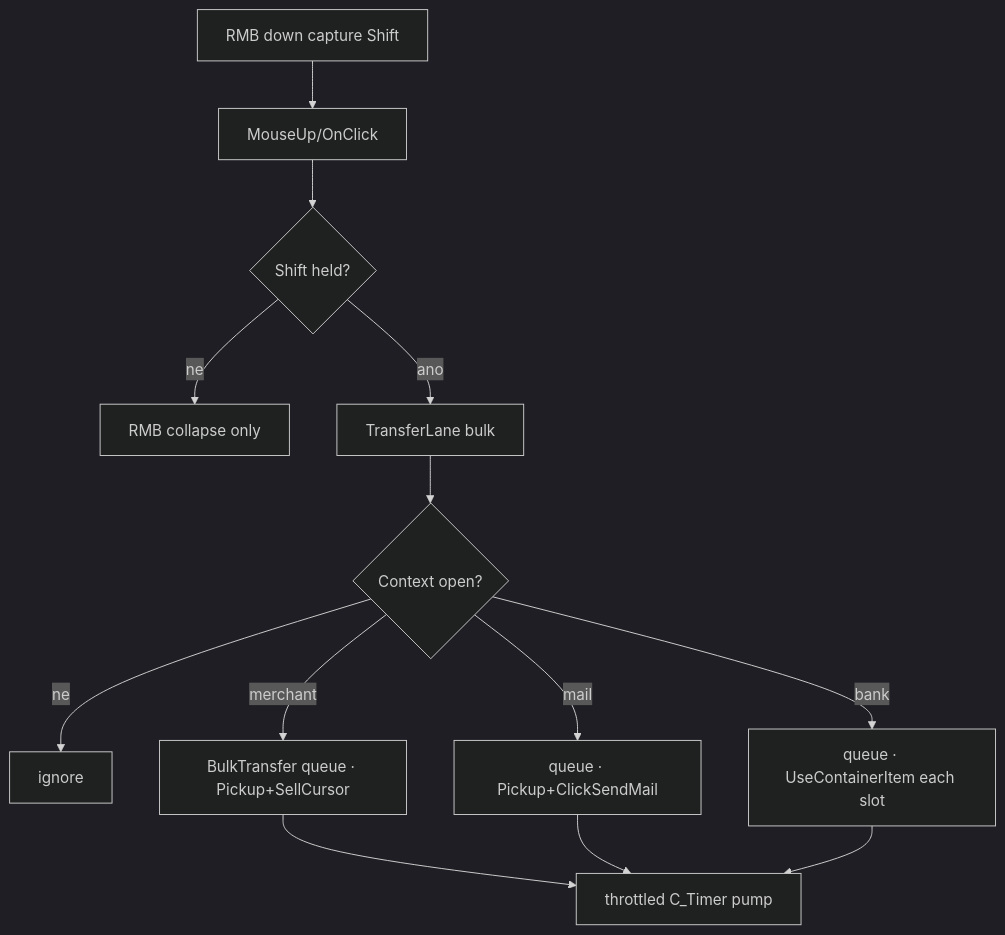
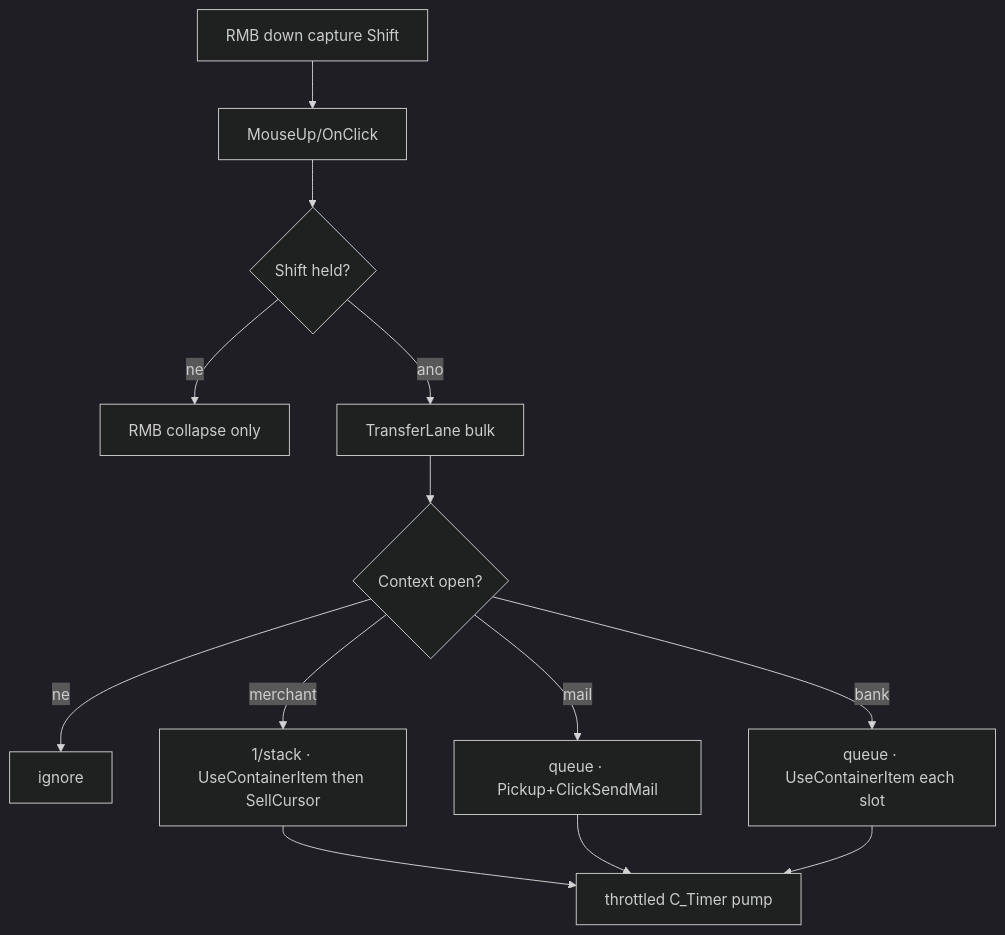
One commit to sirTurbisCZ/wow-forever-addons changed the fifth of 8 diagrams in addons/BetterBackpack/Docs/loops.md. Above: the diagram before and after it, drawn with Mermaid (dark theme). The commit also changed other lines of this file and 4 other files, not shown here.

First line of the commit message:
fix(BetterBackpack): 0.5.80 merchant lane bulk sell at vendor

````diff
--- a/addons/BetterBackpack/Docs/loops.md
+++ b/addons/BetterBackpack/Docs/loops.md
@@ -141,15 +141,15 @@
 ```mermaid
 flowchart TD
   Down[RMB down capture Shift] --> Up[MouseUp/OnClick]
   Up --> Shift{Shift held?}
   Shift -->|ne| Collapse[RMB collapse only]
   Shift -->|ano| RMB[TransferLane bulk]
   RMB --> Ctx{Context open?}
   Ctx -->|ne| Noop[ignore]
-  Ctx -->|merchant| Sell[BulkTransfer queue · Pickup+SellCursor]
+  Ctx -->|merchant| Sell[1/stack · UseContainerItem then SellCursor]
   Ctx -->|mail| Mail[queue · Pickup+ClickSendMail]
   Ctx -->|bank| Bank[queue · UseContainerItem each slot]
   Sell --> Pump[throttled C_Timer pump]
   Mail --> Pump
   Bank --> Pump
 ```
````
